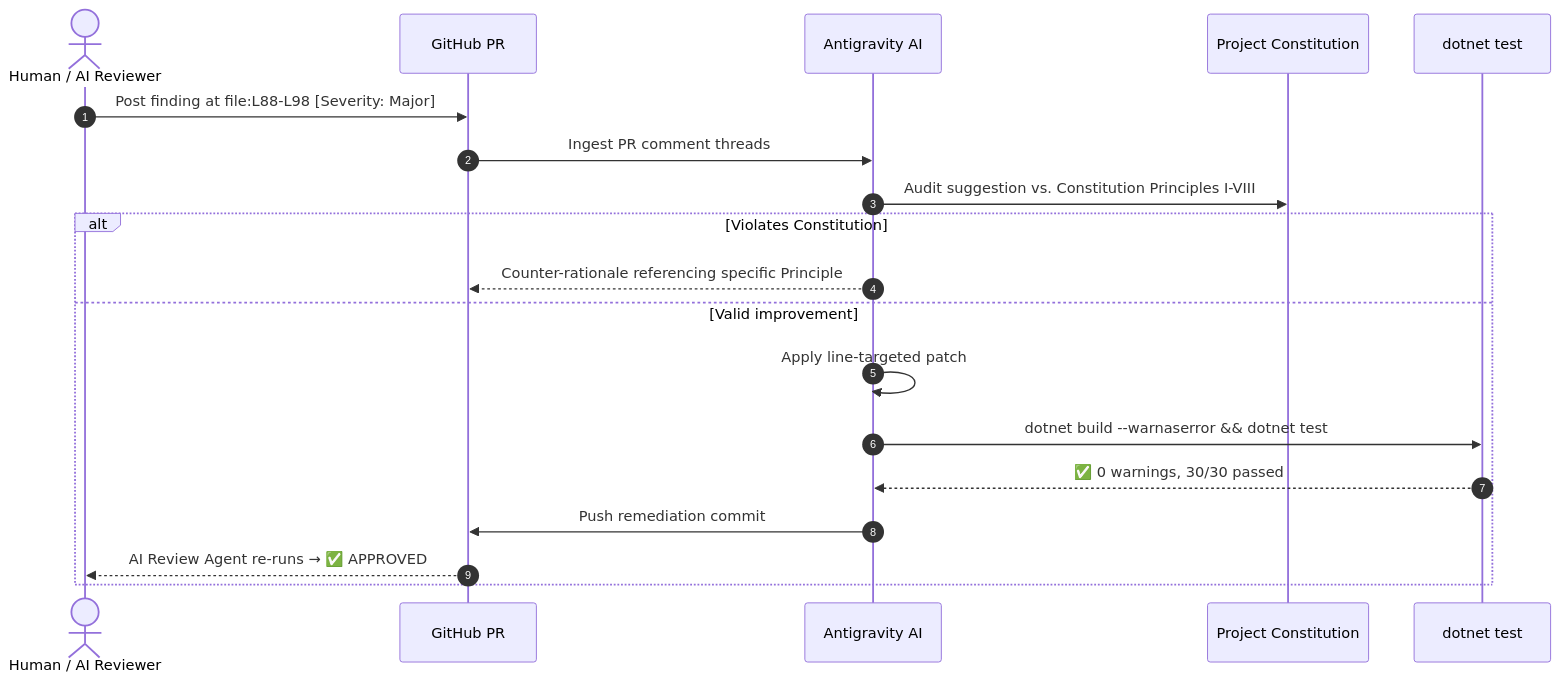
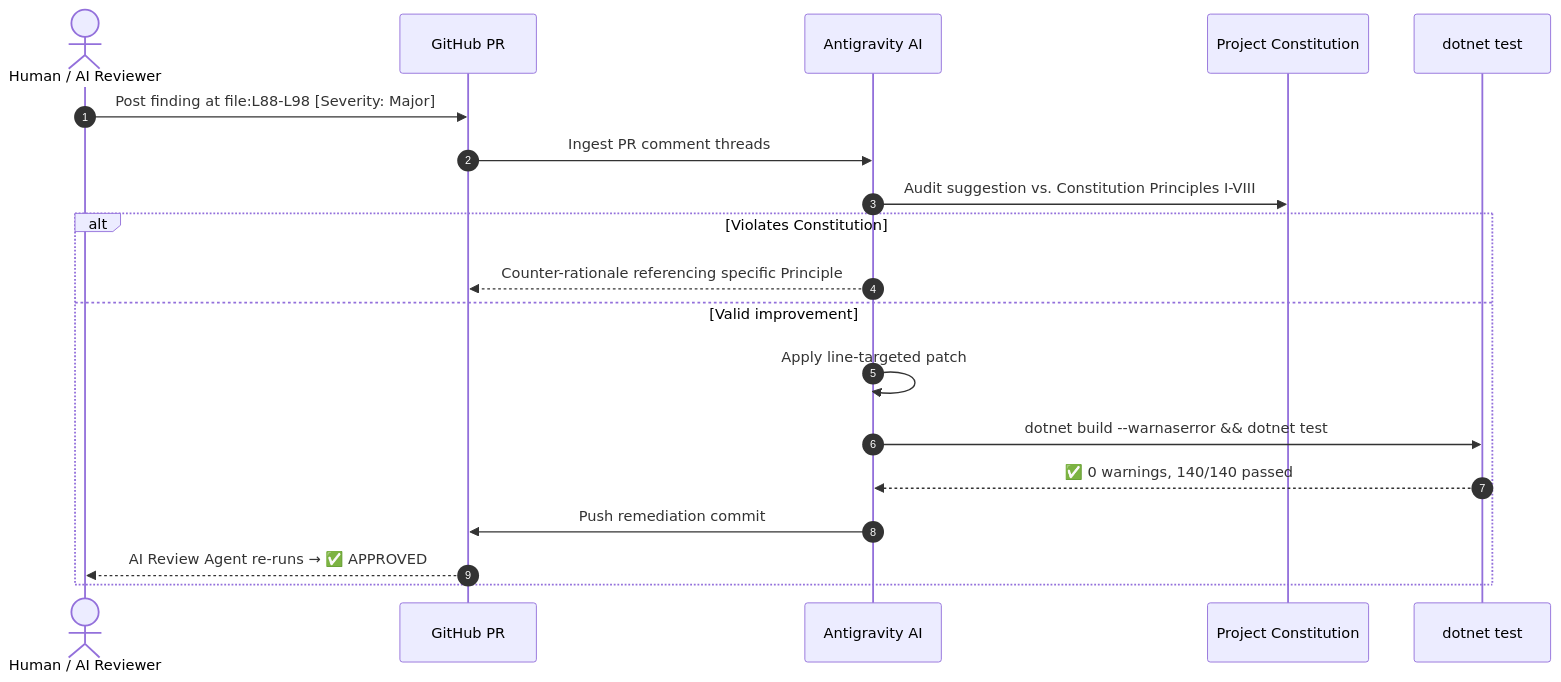
The second of 3 diagrams in README.md (akazad13/shopizy-microservice), drawn with Mermaid before and after one commit. The commit also changed other lines of this file, not shown here.

````diff
--- a/README.md
+++ b/README.md
@@ -148,22 +151,22 @@
 ```mermaid
 sequenceDiagram
     autonumber
     actor Reviewer as Human / AI Reviewer
     participant PR as GitHub PR
     participant Agent as Antigravity AI
     participant Const as Project Constitution
     participant Runner as dotnet test
 
     Reviewer->>PR: Post finding at file:L88-L98 [Severity: Major]
     PR->>Agent: Ingest PR comment threads
     Agent->>Const: Audit suggestion vs. Constitution Principles I-VIII
     alt Violates Constitution
         Agent-->>PR: Counter-rationale referencing specific Principle
     else Valid improvement
         Agent->>Agent: Apply line-targeted patch
         Agent->>Runner: dotnet build --warnaserror && dotnet test
-        Runner-->>Agent: ✅ 0 warnings, 30/30 passed
+        Runner-->>Agent: ✅ 0 warnings, 140/140 passed
         Agent->>PR: Push remediation commit
         PR-->>Reviewer: AI Review Agent re-runs → ✅ APPROVED
     end
 ```
````
